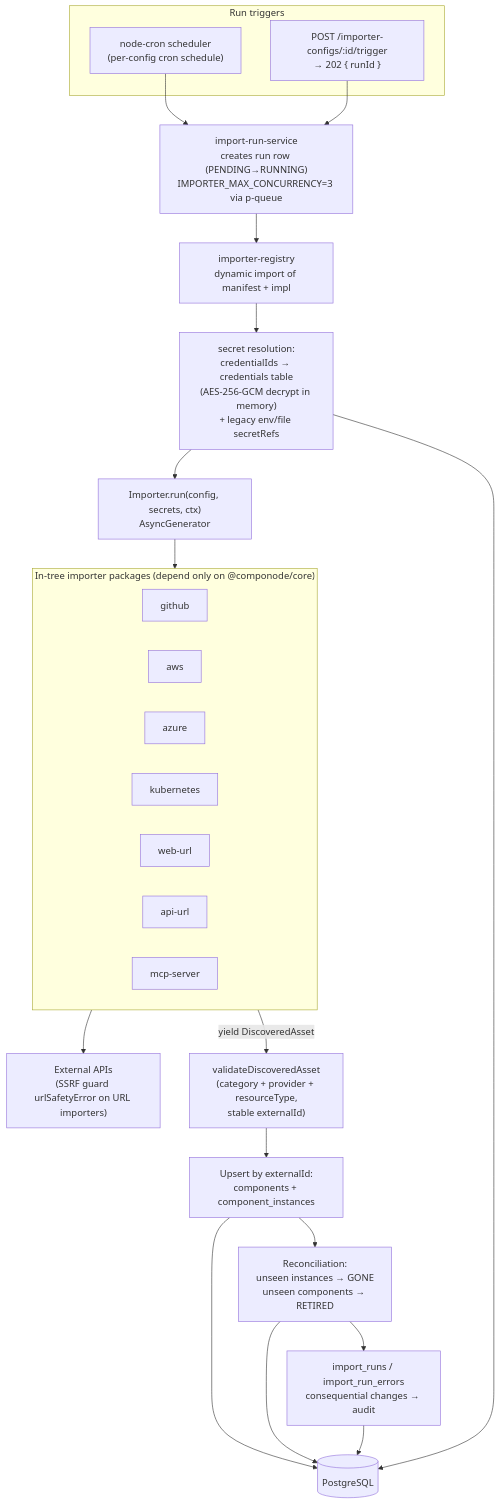
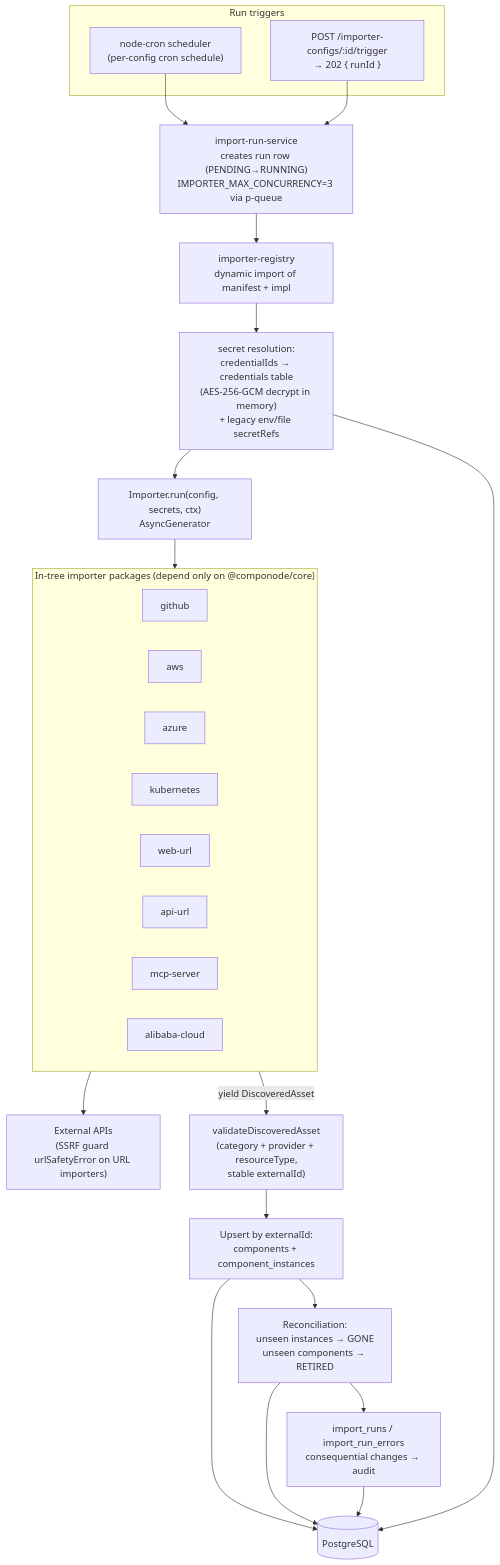
Before and after one commit to Componode/componode: the fourth of 8 diagrams in docs/architecture.md, drawn with Mermaid. The commit also changed other lines of this file and 2 other files, not shown here.

First line of the commit message:
docs(agents): document import agents across architecture and deployment (028)

````diff
--- a/docs/architecture.md
+++ b/docs/architecture.md
@@ -163,35 +179,36 @@
 ```mermaid
 flowchart TD
     subgraph Trigger["Run triggers"]
         Cron["node-cron scheduler<br/>(per-config cron schedule)"]
         Manual["POST /importer-configs/:id/trigger<br/>→ 202 { runId }"]
     end
 
     Cron --> RS["import-run-service<br/>creates run row (PENDING→RUNNING)<br/>IMPORTER_MAX_CONCURRENCY=3 via p-queue"]
     Manual --> RS
 
     RS --> REG["importer-registry<br/>dynamic import of manifest + impl"]
     REG --> SEC["secret resolution:<br/>credentialIds → credentials table<br/>(AES-256-GCM decrypt in memory)<br/>+ legacy env/file secretRefs"]
     SEC --> IMP["Importer.run(config, secrets, ctx)<br/>AsyncGenerator<DiscoveredAsset>"]
 
     subgraph Importers["In-tree importer packages (depend only on @componode/core)"]
         I1["github"]
         I2["aws"]
         I3["azure"]
         I4["kubernetes"]
         I5["web-url"]
         I6["api-url"]
         I7["mcp-server"]
+        I8["alibaba-cloud"]
     end
     IMP --> Importers --> EXT["External APIs<br/>(SSRF guard urlSafetyError on URL importers)"]
 
     Importers -->|"yield DiscoveredAsset"| VAL["validateDiscoveredAsset<br/>(category + provider + resourceType,<br/>stable externalId)"]
     VAL --> UPS["Upsert by externalId:<br/>components + component_instances"]
     UPS --> REC["Reconciliation:<br/>unseen instances → GONE<br/>unseen components → RETIRED"]
     REC --> HIST["import_runs / import_run_errors<br/>consequential changes → audit"]
 
     UPS --> PG[("PostgreSQL")]
     REC --> PG
     HIST --> PG
     SEC --> PG
 ```
````
